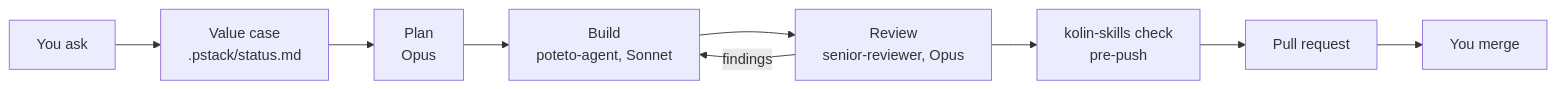
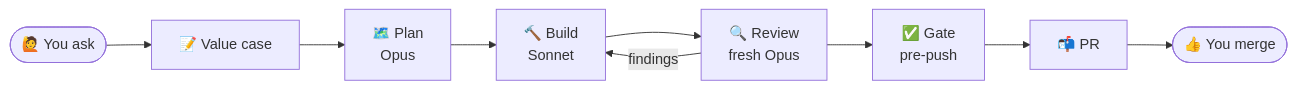
Before and after one commit to kolin-HJ/Kolin-Skills: the second of 2 diagrams in README.md, drawn with Mermaid. The commit also changed other lines of this file, not shown here.

````diff
--- a/README.md
+++ b/README.md
@@ -71,11 +54,11 @@
 ```mermaid
 flowchart LR
-  ask[You ask] --> value[Value case<br/>.pstack/status.md]
-  value --> plan[Plan<br/>Opus]
-  plan --> build[Build<br/>poteto-agent, Sonnet]
-  build --> review[Review<br/>senior-reviewer, Opus]
+  ask([🙋 You ask]) --> value[📝 Value case]
+  value --> plan[🗺️ Plan<br/>Opus]
+  plan --> build[🔨 Build<br/>Sonnet]
+  build --> review[🔍 Review<br/>fresh Opus]
   review -- findings --> build
-  review --> gate[kolin-skills check<br/>pre-push]
-  gate --> pr[Pull request]
-  pr --> merge[You merge]
+  review --> gate[✅ Gate<br/>pre-push]
+  gate --> pr[📬 PR]
+  pr --> merge([👍 You merge])
 ```
````
